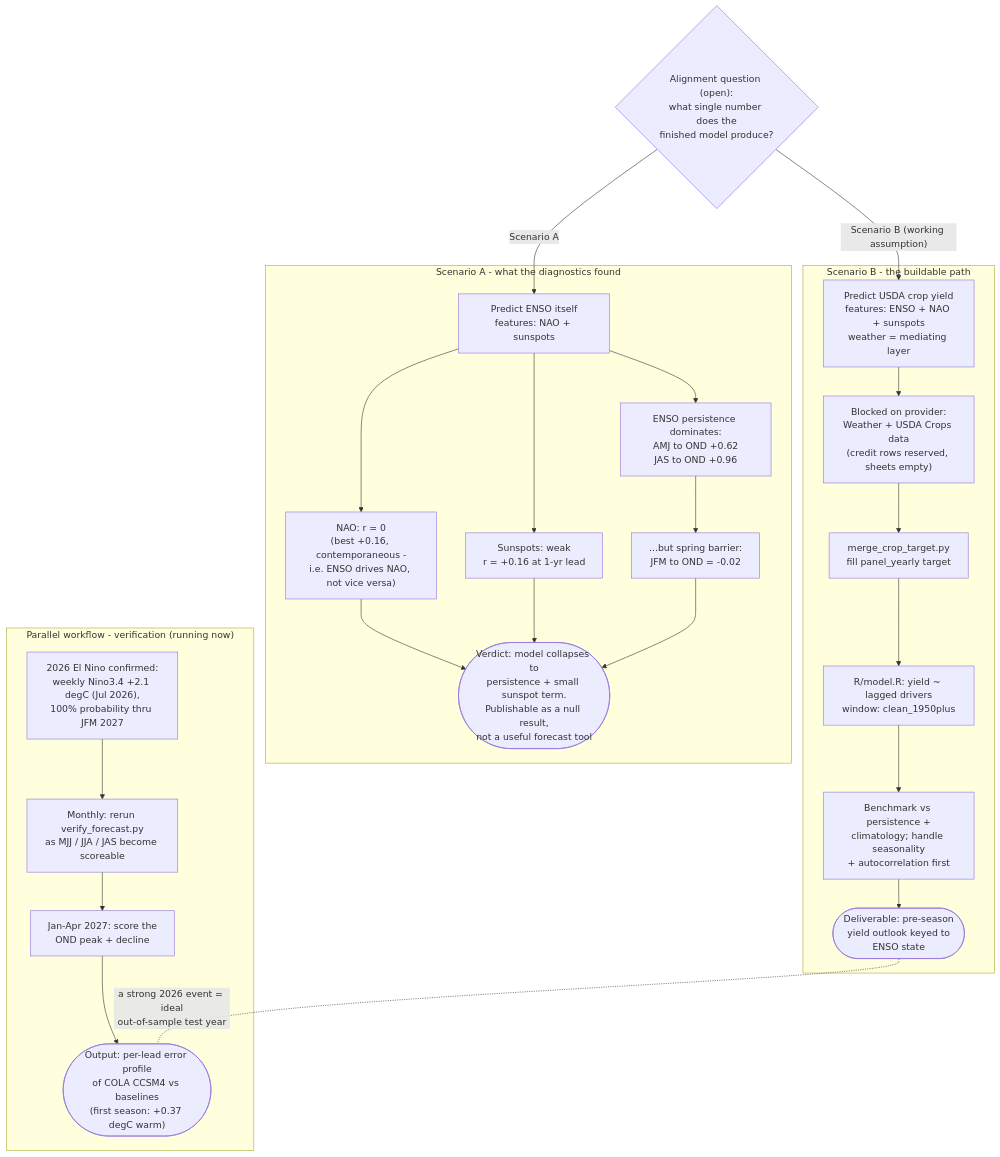
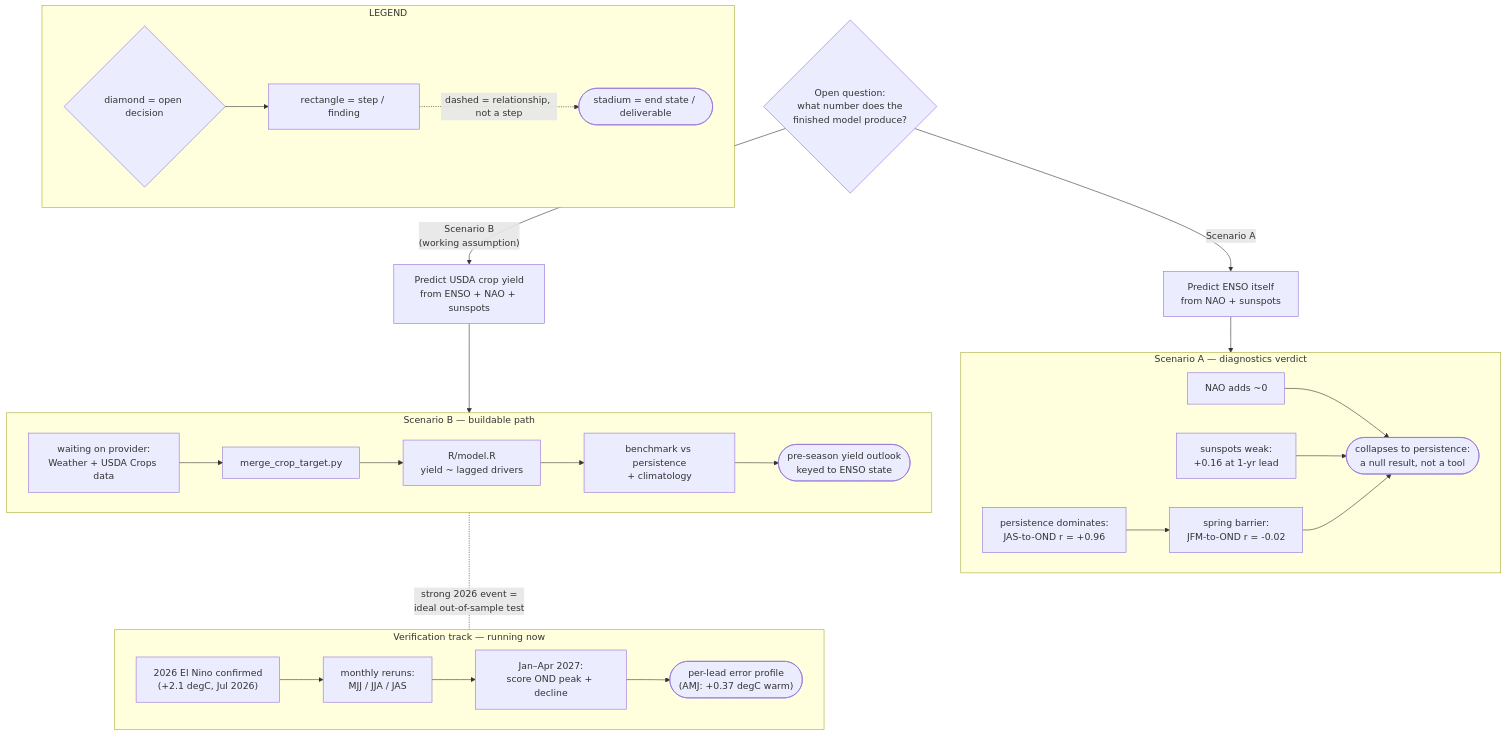
The second of 2 diagrams in README.md (wbp318/el-nino-26), drawn with Mermaid before and after one commit. The commit also changed other lines of this file, not shown here.

Commit message:
README: add legends to both Mermaid diagrams, shorten labels for readability

````diff
--- a/README.md
+++ b/README.md
@@ -137,32 +146,48 @@
 ```mermaid
 flowchart TB
-    Q{"Alignment question (open):<br/>what single number does the<br/>finished model produce?"}
-
-    Q -- "Scenario A" --> A0["Predict ENSO itself<br/>features: NAO + sunspots"]
-    Q -- "Scenario B (working assumption)" --> B0["Predict USDA crop yield<br/>features: ENSO + NAO + sunspots<br/>weather = mediating layer"]
-
-    subgraph sa["Scenario A - what the diagnostics found"]
-        A0 --> A1["NAO: r = 0<br/>(best +0.16, contemporaneous -<br/>i.e. ENSO drives NAO, not vice versa)"]
-        A0 --> A2["Sunspots: weak<br/>r = +0.16 at 1-yr lead"]
-        A0 --> A3["ENSO persistence dominates:<br/>AMJ to OND +0.62<br/>JAS to OND +0.96"]
-        A3 --> A4["...but spring barrier:<br/>JFM to OND = -0.02"]
-        A1 & A2 & A4 --> A5(["Verdict: model collapses to<br/>persistence + small sunspot term.<br/>Publishable as a null result,<br/>not a useful forecast tool"])
+    subgraph legend["LEGEND"]
+        direction LR
+        L1{"diamond = open decision"}
+        L2["rectangle = step / finding"]
+        L3(["stadium = end state / deliverable"])
+        L1 --> L2
+        L2 -.->|"dashed = relationship, not a step"| L3
     end
 
-    subgraph sb["Scenario B - the buildable path"]
-        B0 --> B1["Blocked on provider:<br/>Weather + USDA Crops data<br/>(credit rows reserved, sheets empty)"]
-        B1 --> B2["merge_crop_target.py<br/>fill panel_yearly target"]
-        B2 --> B3["R/model.R: yield ~ lagged drivers<br/>window: clean_1950plus"]
-        B3 --> B4["Benchmark vs persistence +<br/>climatology; handle seasonality<br/>+ autocorrelation first"]
-        B4 --> B5(["Deliverable: pre-season<br/>yield outlook keyed to<br/>ENSO state"])
+    Q{"Open question:<br/>what number does the<br/>finished model produce?"}
+
+    Q -->|"Scenario A"| A0["Predict ENSO itself<br/>from NAO + sunspots"]
+    Q -->|"Scenario B<br/>(working assumption)"| B0["Predict USDA crop yield<br/>from ENSO + NAO + sunspots"]
+
+    subgraph sa["Scenario A — diagnostics verdict"]
+        A1["NAO adds ~0"]
+        A2["sunspots weak:<br/>+0.16 at 1-yr lead"]
+        A3["persistence dominates:<br/>JAS-to-OND r = +0.96"]
+        A4["spring barrier:<br/>JFM-to-OND r = -0.02"]
+        A5(["collapses to persistence:<br/>a null result, not a tool"])
+        A1 --> A5
+        A2 --> A5
+        A3 --> A4 --> A5
     end
 
-    subgraph sv["Parallel workflow - verification (running now)"]
-        V1["2026 El Nino confirmed:<br/>weekly Nino3.4 +2.1 degC (Jul 2026),<br/>100% probability thru JFM 2027"]
-        V1 --> V2["Monthly: rerun verify_forecast.py<br/>as MJJ / JJA / JAS become scoreable"]
-        V2 --> V3["Jan-Apr 2027: score the<br/>OND peak + decline"]
-        V3 --> V4(["Output: per-lead error profile<br/>of COLA CCSM4 vs baselines<br/>(first season: +0.37 degC warm)"])
+    subgraph sb["Scenario B — buildable path"]
+        B1["waiting on provider:<br/>Weather + USDA Crops data"]
+        B2["merge_crop_target.py"]
+        B3["R/model.R<br/>yield ~ lagged drivers"]
+        B4["benchmark vs persistence<br/>+ climatology"]
+        B5(["pre-season yield outlook<br/>keyed to ENSO state"])
+        B1 --> B2 --> B3 --> B4 --> B5
     end
 
-    B5 -. "a strong 2026 event = ideal<br/>out-of-sample test year" .- V4
+    subgraph sv["Verification track — running now"]
+        V1["2026 El Nino confirmed<br/>(+2.1 degC, Jul 2026)"]
+        V2["monthly reruns:<br/>MJJ / JJA / JAS"]
+        V3["Jan–Apr 2027:<br/>score OND peak + decline"]
+        V4(["per-lead error profile<br/>(AMJ: +0.37 degC warm)"])
+        V1 --> V2 --> V3 --> V4
+    end
+
+    A0 --> sa
+    B0 --> sb
+    sb -.-|"strong 2026 event =<br/>ideal out-of-sample test"| sv
 ```
````
